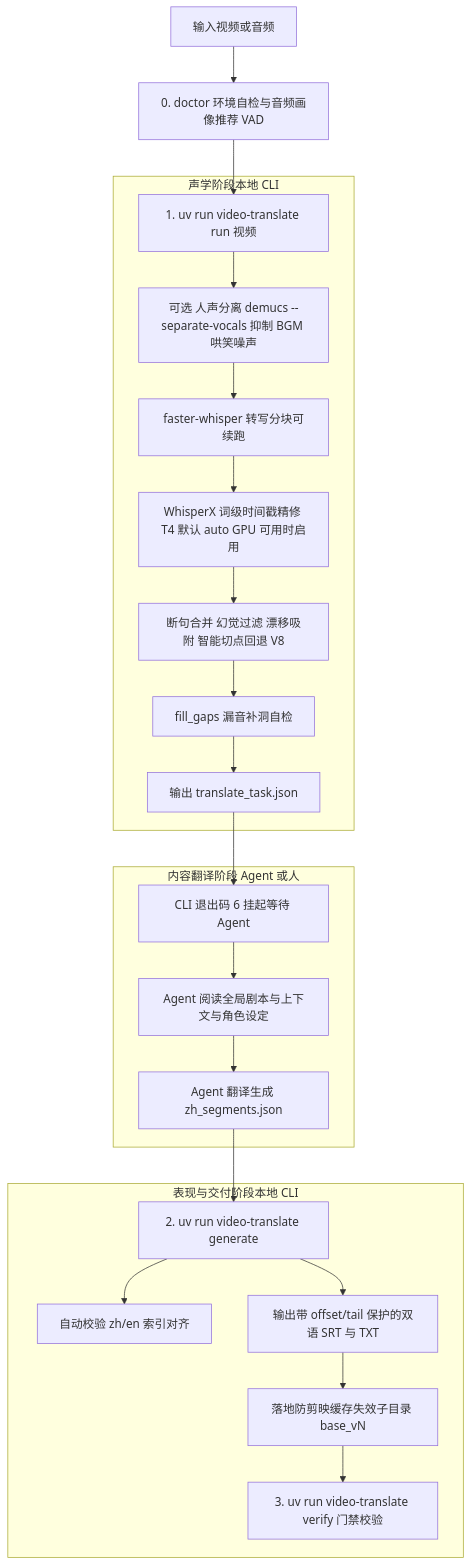
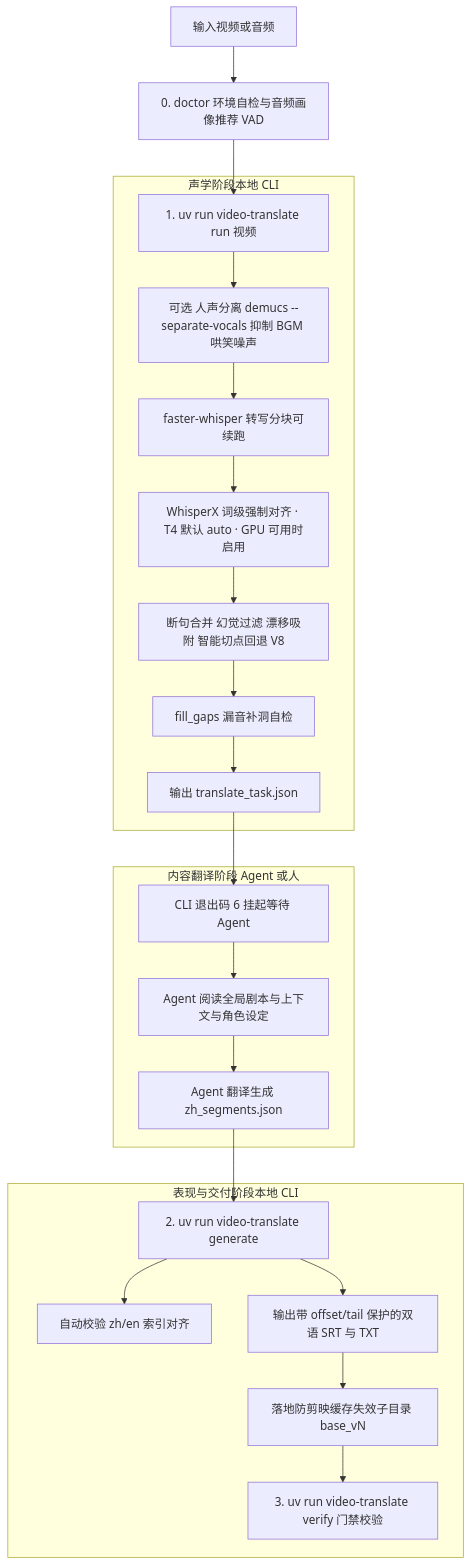
Before and after one commit to brosnan2800/video-translate: the diagram in README.md, drawn with Mermaid. The commit also changed 8 other files, not shown here.

First line of the commit message:
docs: restructure TOOLCHAIN.md, surface WhisperX in README flowchart, sync cross-refs

````diff
--- a/README.md
+++ b/README.md
@@ -39,29 +39,29 @@
 ```mermaid
 flowchart TD
     Video[输入视频或音频] --> Doctor[0. doctor 环境自检与音频画像推荐 VAD]
     Doctor --> Run[1. uv run video-translate run 视频]
 
     subgraph Acoustic [声学阶段本地 CLI]
-        Run --> VocalSep[可选 人声分离 demucs --separate-vocals 抑制 BGM 哄笑噪声]
+        Run --> VocalSep["可选 人声分离 demucs --separate-vocals 抑制 BGM 哄笑噪声"]
         VocalSep --> Transcribe[faster-whisper 转写分块可续跑]
-        Transcribe --> Align[WhisperX 词级时间戳精修 T4 默认 auto GPU 可用时启用]
-        Align --> Merge[断句合并 幻觉过滤 漂移吸附 智能切点回退 V8]
+        Transcribe --> WhisperX["WhisperX 词级强制对齐 · T4 默认 auto · GPU 可用时启用"]
+        WhisperX --> Merge[断句合并 幻觉过滤 漂移吸附 智能切点回退 V8]
         Merge --> FillGaps[fill_gaps 漏音补洞自检]
         FillGaps --> TaskOut[输出 translate_task.json]
     end
 
     TaskOut --> Exit6[CLI 退出码 6 挂起等待 Agent]
 
     subgraph AgentBrain [内容翻译阶段 Agent 或人]
         Exit6 --> AgentRead[Agent 阅读全局剧本与上下文与角色设定]
         AgentRead --> AgentTranslate[Agent 翻译生成 zh_segments.json]
     end
 
     subgraph Presentation [表现与交付阶段本地 CLI]
         AgentTranslate --> Generate[2. uv run video-translate generate]
         Generate --> AlignCheck[自动校验 zh/en 索引对齐]
         Generate --> Render[输出带 offset/tail 保护的双语 SRT 与 TXT]
         Render --> VersionDir[落地防剪映缓存失效子目录 base_vN]
         VersionDir --> Verify[3. uv run video-translate verify 门禁校验]
     end
 ```
````
